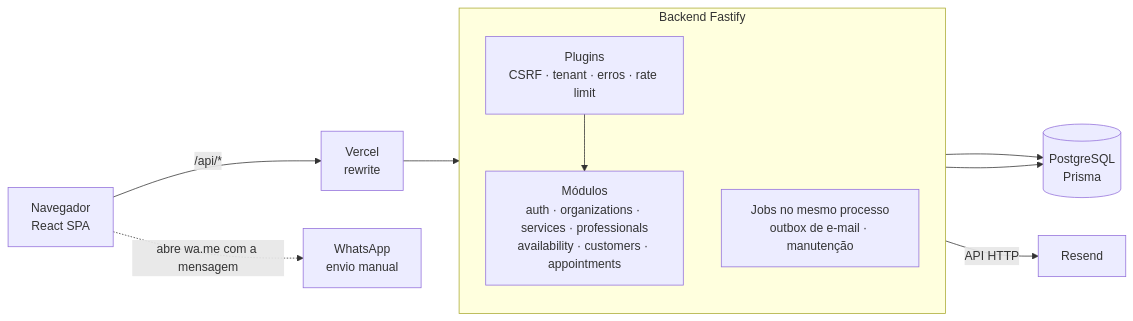
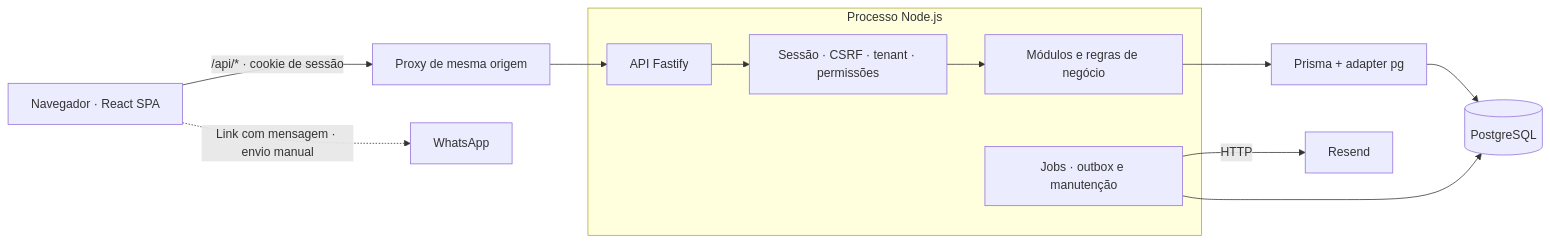
The diagram in README.md (QueirozMoura/agendly), drawn with Mermaid before and after one commit. The commit also changed other lines of this file, not shown here.

Commit message:
docs: atualiza README com arquitetura e funcionalidades verificadas

````diff
--- a/README.md
+++ b/README.md
@@ -95,16 +113,15 @@
 ```mermaid
 flowchart LR
-    U[Navegador<br/>React SPA] -->|/api/*| V[Vercel<br/>rewrite]
-    V --> API
-    subgraph API[Backend Fastify]
-        direction TB
-        P[Plugins<br/>CSRF · tenant · erros · rate limit]
-        M[Módulos<br/>auth · organizations · services · professionals<br/>availability · customers · appointments]
-        J[Jobs no mesmo processo<br/>outbox de e-mail · manutenção]
-        P --> M
+    UI["Navegador · React SPA"] -->|"/api/* · cookie de sessão"| Proxy["Proxy de mesma origem"]
+    Proxy --> API["API Fastify"]
+    subgraph Backend["Processo Node.js"]
+        API --> Guards["Sessão · CSRF · tenant · permissões"]
+        Guards --> Modules["Módulos e regras de negócio"]
+        Jobs["Jobs · outbox e manutenção"]
     end
-    M --> DB[(PostgreSQL<br/>Prisma)]
-    J --> DB
-    J -->|API HTTP| R[Resend]
-    U -.->|abre wa.me com a mensagem| W[WhatsApp<br/>envio manual]
+    Modules --> Prisma["Prisma + adapter pg"]
+    Prisma --> DB[(PostgreSQL)]
+    Jobs --> DB
+    Jobs -->|"HTTP"| Resend["Resend"]
+    UI -.->|"Link com mensagem · envio manual"| WhatsApp["WhatsApp"]
 ```
````
